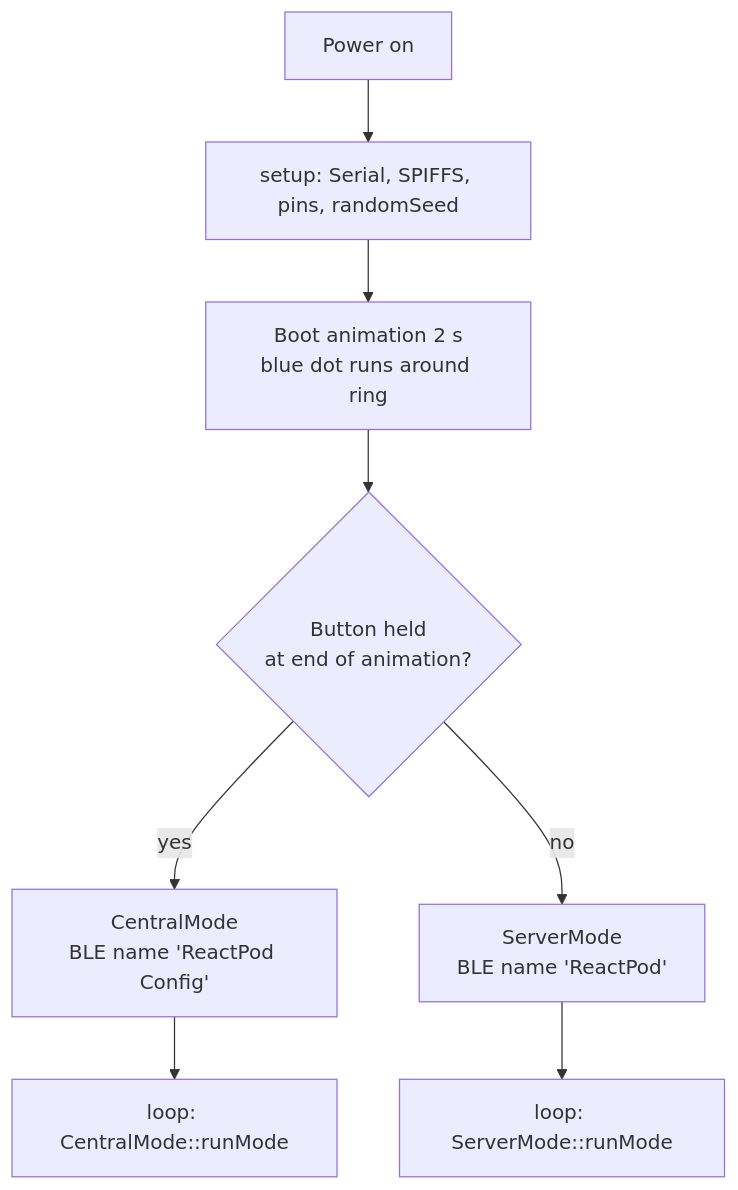
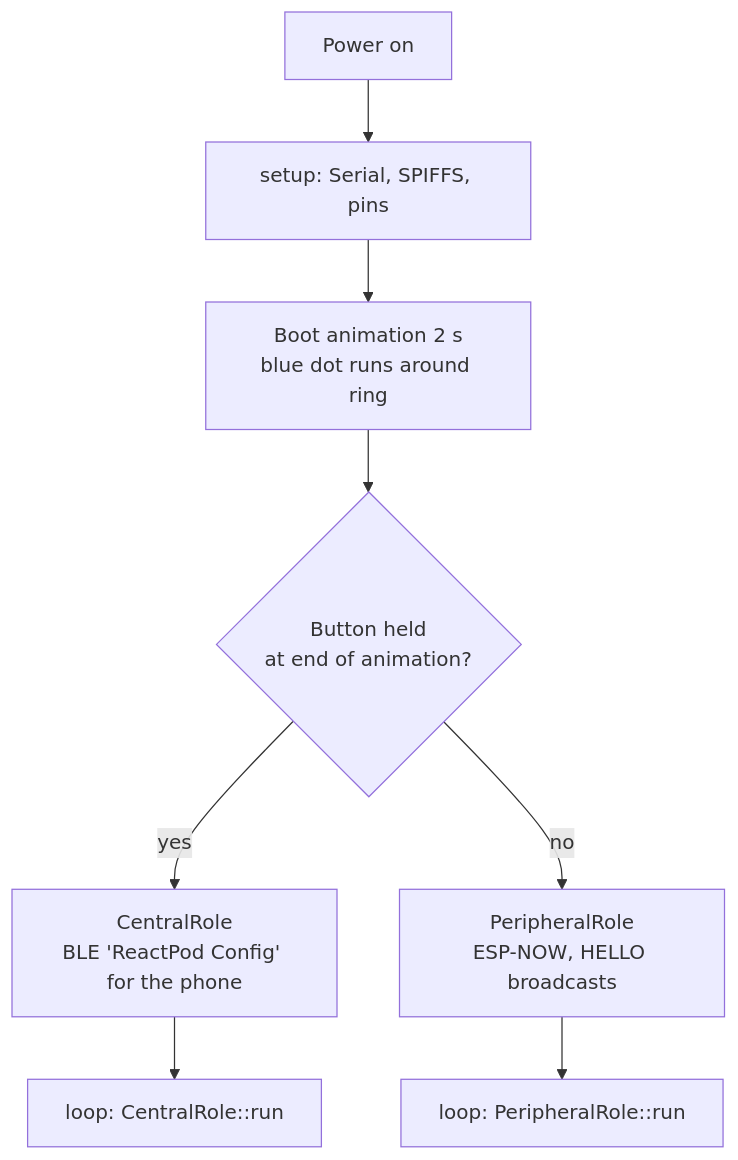
Before and after one commit to RunningJoke/reactionButton: the second of 4 diagrams in doc/architecture.md, drawn with Mermaid. The commit also changed other lines of this file and 11 other files, not shown here.

First line of the commit message:
Update documentation for ESP-NOW, sync, config API and testing

````diff
--- a/doc/architecture.md
+++ b/doc/architecture.md
@@ -96,10 +112,10 @@
 ```mermaid
 flowchart TD
-    A[Power on] --> B[setup: Serial, SPIFFS, pins, randomSeed]
+    A[Power on] --> B[setup: Serial, SPIFFS, pins]
     B --> C[Boot animation 2 s<br/>blue dot runs around ring]
     C --> D{Button held<br/>at end of animation?}
-    D -- yes --> E[CentralMode<br/>BLE name 'ReactPod Config']
-    D -- no --> F[ServerMode<br/>BLE name 'ReactPod']
-    E --> G[loop: CentralMode::runMode]
-    F --> H[loop: ServerMode::runMode]
+    D -- yes --> E[CentralRole<br/>BLE 'ReactPod Config' for the phone]
+    D -- no --> F[PeripheralRole<br/>ESP-NOW, HELLO broadcasts]
+    E --> G[loop: CentralRole::run]
+    F --> H[loop: PeripheralRole::run]
 ```
````
